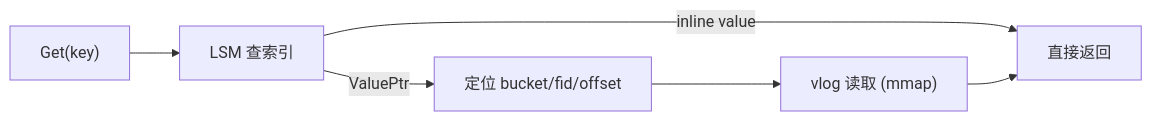
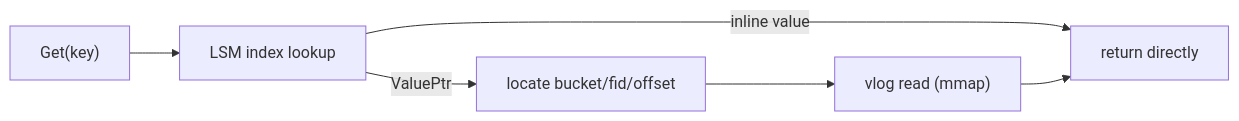
Before and after one commit to feichai0017/NoKV: the fourth of 7 diagrams in docs/notes/2026-02-05-vlog-design-and-gc.md, drawn with Mermaid. The commit also changed other lines of this file and 23 other files, not shown here.

````diff
--- a/docs/notes/2026-02-05-vlog-design-and-gc.md
+++ b/docs/notes/2026-02-05-vlog-design-and-gc.md
@@ -154,8 +154,8 @@
 ```mermaid
 flowchart LR
-  K["Get(key)"] --> LSM["LSM 查索引"]
-  LSM -->|inline value| V["直接返回"]
-  LSM -->|ValuePtr| P["定位 bucket/fid/offset"]
-  P --> R["vlog 读取 (mmap)"]
+  K["Get(key)"] --> LSM["LSM index lookup"]
+  LSM -->|inline value| V["return directly"]
+  LSM -->|ValuePtr| P["locate bucket/fid/offset"]
+  P --> R["vlog read (mmap)"]
   R --> V
 ```
````
